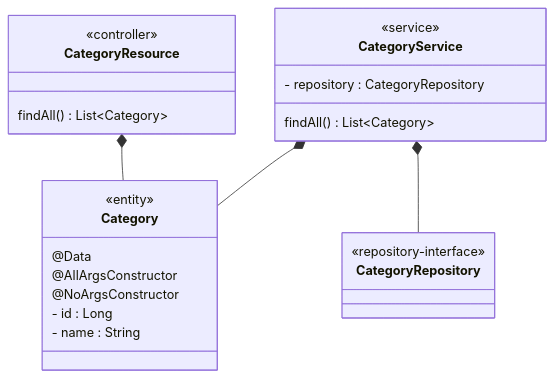
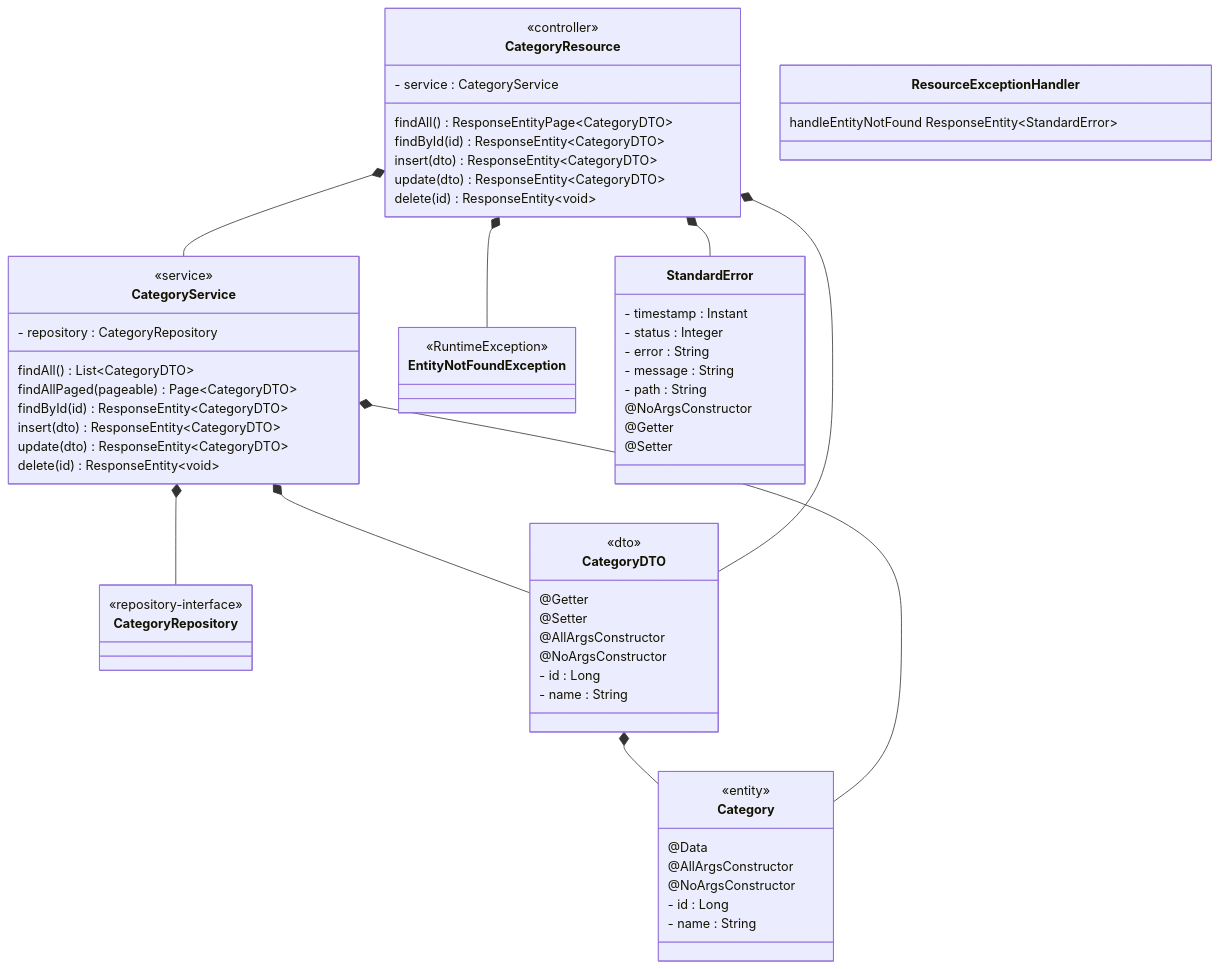
Before and after one commit to jocile/catalog: the first of 2 diagrams in docs/diagrams/README.md, drawn with Mermaid. The commit also changed other lines of this file and 2 other files, not shown here.

Commit message:
:recycle: refac(exceptionHandler): renaming file The class had the same name as another framework class

````diff
--- a/docs/diagrams/README.md
+++ b/docs/diagrams/README.md
@@ -5,26 +5,67 @@
 ```mermaid
 classDiagram
     class Category{
         <<entity>>
         @Data
         @AllArgsConstructor
         @NoArgsConstructor
         - id : Long
         - name : String
     }
     class CategoryRepository{
-      <<repository-interface>>
+        <<repository-interface>>
     }
     class CategoryResource{
-      <<controller>>
-      findAll() List~Category~
+        <<controller>>
+        - service : CategoryService
+        findAll() ResponseEntityPage~CategoryDTO~
+        findById(id) ResponseEntity~CategoryDTO~
+        insert(dto) ResponseEntity~CategoryDTO~
+        update(dto) ResponseEntity~CategoryDTO~
+        delete(id) ResponseEntity~void~
     }
     class CategoryService{
-      <<service>>
-      - repository : CategoryRepository
-      findAll() List~Category~
+        <<service>>
+        - repository : CategoryRepository
+        findAll() List~CategoryDTO~
+        findAllPaged(pageable) Page~CategoryDTO~
+        findById(id) ResponseEntity~CategoryDTO~
+        insert(dto) ResponseEntity~CategoryDTO~
+        update(dto) ResponseEntity~CategoryDTO~
+        delete(id) ResponseEntity~void~
     }
+    class CategoryDTO{
+        <<dto>>
+        @Getter
+        @Setter
+        @AllArgsConstructor
+        @NoArgsConstructor
+        - id : Long
+        - name : String
+    }
+    class EntityNotFoundException{
+      <<RuntimeException>>
+    }
+    class StandardError{
+      - timestamp : Instant
+      - status : Integer
+      - error : String
+      - message : String
+      - path : String
+      @NoArgsConstructor
+      @Getter
+      @Setter
+    }
+    class ResourceExceptionHandler {
+      handleEntityNotFound ResponseEntity~StandardError~
+    }
+    CategoryDTO *-- Category
     CategoryService *-- Category
-    CategoryService *-- CategoryRepository
-    CategoryResource *-- Category
+    CategoryService *-- CategoryDTO
+    CategoryService *-- CategoryRepository    
+    CategoryResource *-- CategoryDTO
+    CategoryResource *-- CategoryService
+    CategoryResource *-- EntityNotFoundException
+    CategoryResource *-- StandardError
+    
   ```
````
